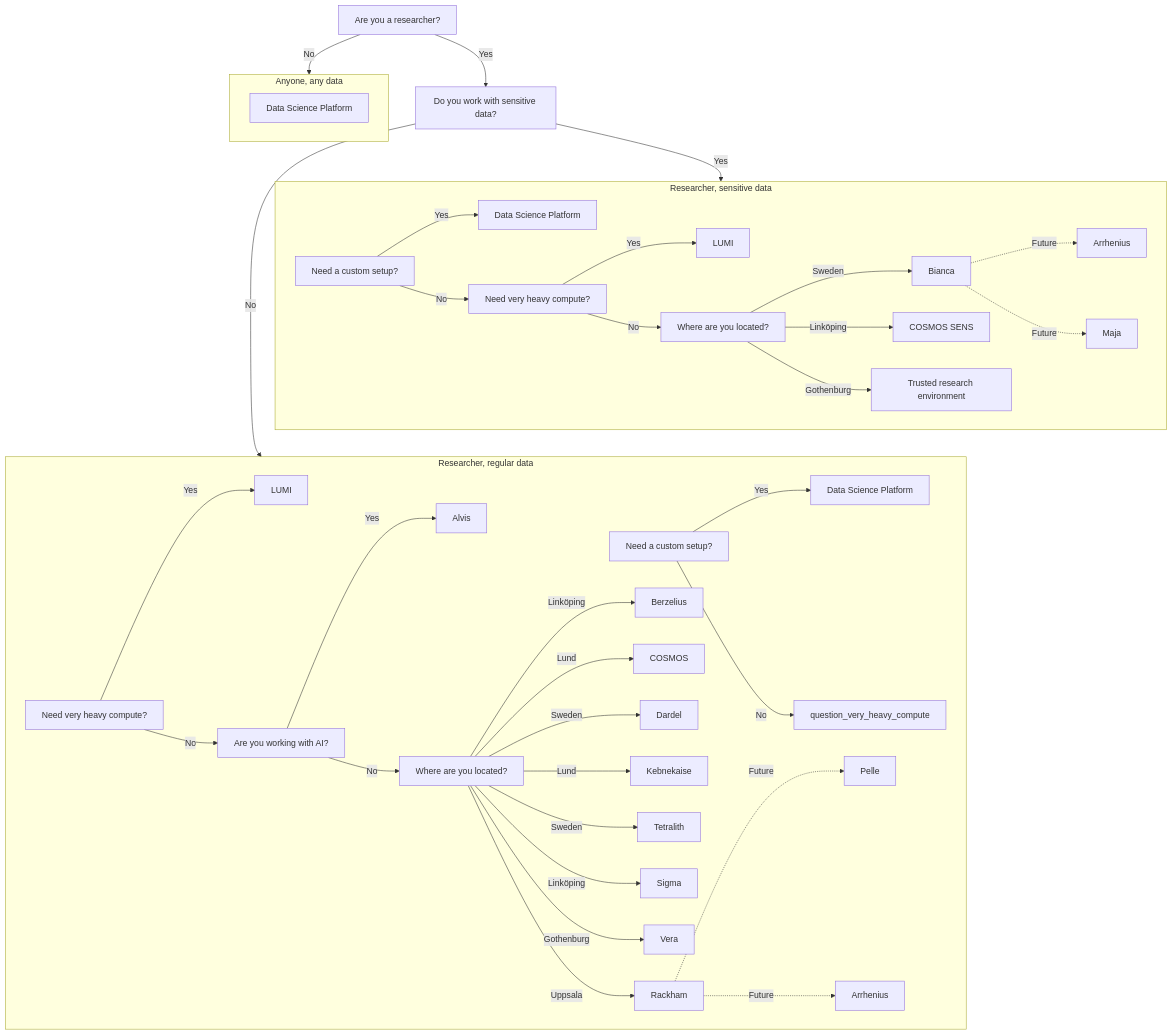
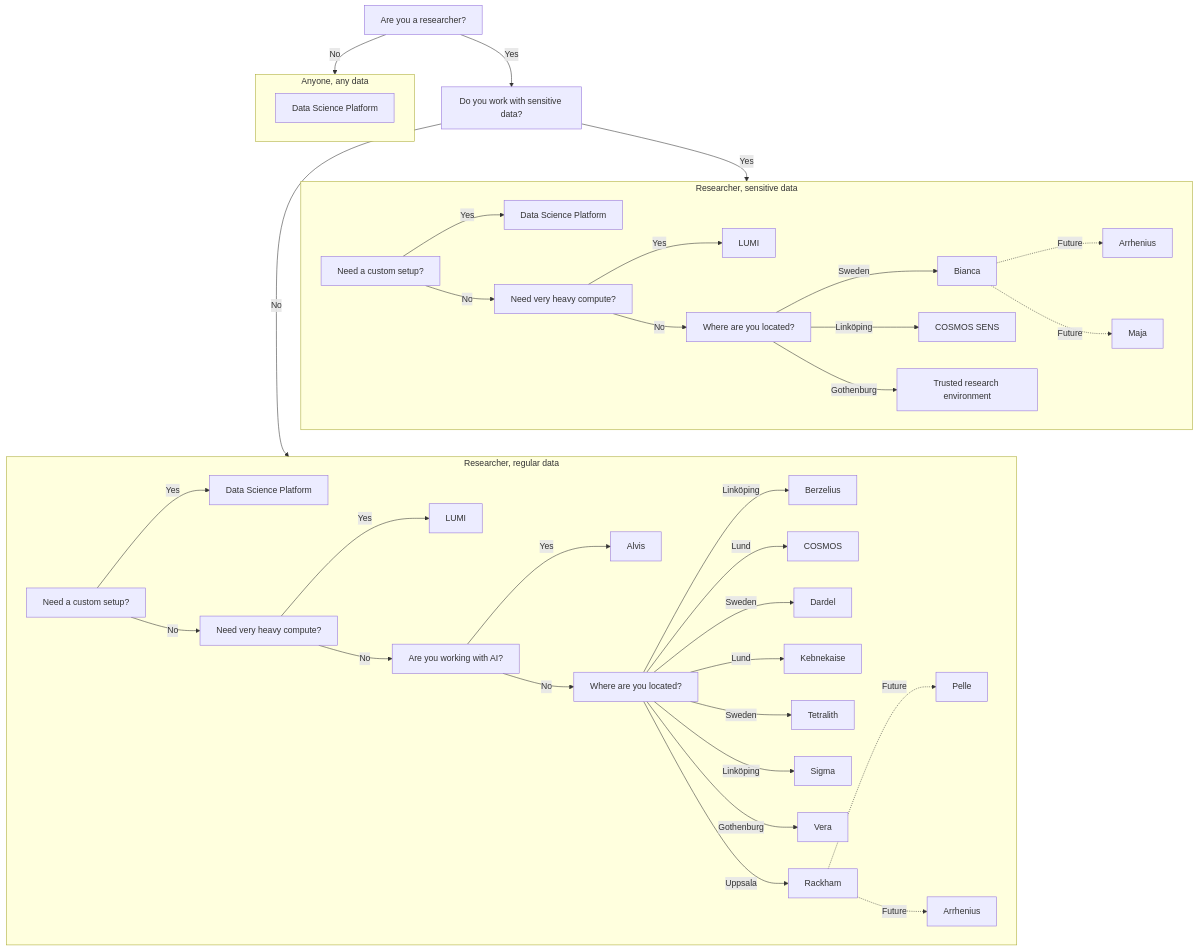
Before and after one commit to NBISweden/SCoRe_user_doc: the diagram in docs/compute_1.md, drawn with Mermaid.

```diff
--- a/docs/compute_1.md
+++ b/docs/compute_1.md
@@ -52,7 +52,7 @@
 
     question_custom_rr[Need a custom setup?]
     question_custom_rr --> |Yes| data_science_platform_rr
-    question_custom_rr --> |No| question_very_heavy_compute
+    question_custom_rr --> |No| question_very_heavy_compute_rr
 
     question_very_heavy_compute_rr[Need very heavy compute?]
     question_very_heavy_compute_rr --> |Yes| lumi
```
